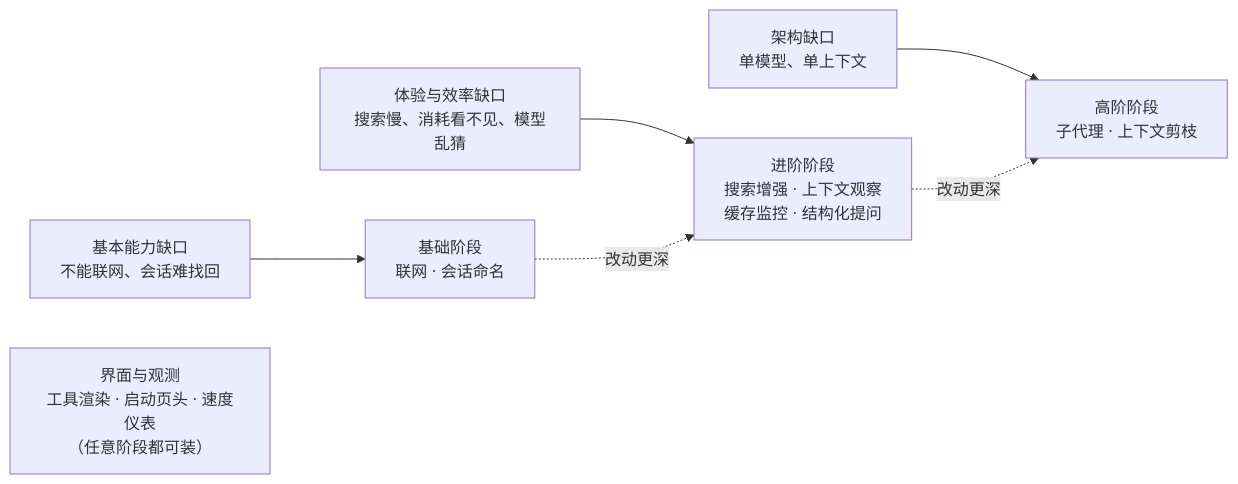
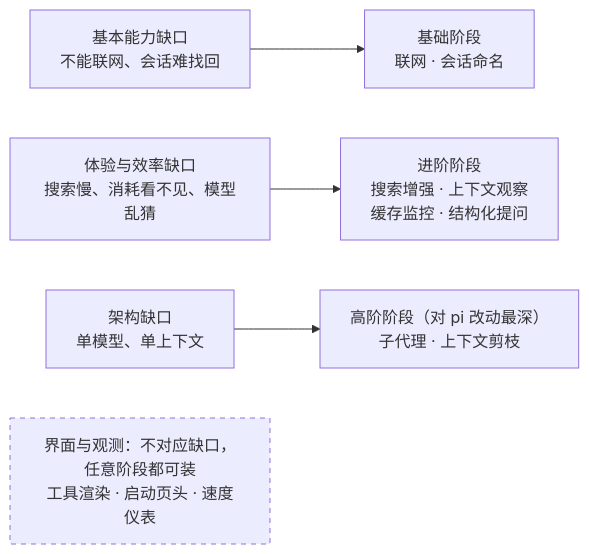
Before and after one commit to Jerry2003sky/pi-playbook: the second of 4 diagrams in drafts/mermaid-草图.md, drawn with Mermaid. The commit also changed other lines of this file, not shown here.

Commit message:
docs: 调整草图 2、4 的布局

````diff
--- a/drafts/mermaid-草图.md
+++ b/drafts/mermaid-草图.md
@@ -27,10 +27,10 @@
 ```mermaid
 flowchart LR
     G1["基本能力缺口<br/>不能联网、会话难找回"] --> S1["基础阶段<br/>联网 · 会话命名"]
     G2["体验与效率缺口<br/>搜索慢、消耗看不见、模型乱猜"] --> S2["进阶阶段<br/>搜索增强 · 上下文观察<br/>缓存监控 · 结构化提问"]
-    G3["架构缺口<br/>单模型、单上下文"] --> S3["高阶阶段<br/>子代理 · 上下文剪枝"]
+    G3["架构缺口<br/>单模型、单上下文"] --> S3["高阶阶段（对 pi 改动最深）<br/>子代理 · 上下文剪枝"]
+    UI["界面与观测：不对应缺口，任意阶段都可装<br/>工具渲染 · 启动页头 · 速度仪表"]
 
-    S1 -. "改动更深" .-> S2 -. "改动更深" .-> S3
-
-    UI["界面与观测<br/>工具渲染 · 启动页头 · 速度仪表<br/>（任意阶段都可装）"]
+    classDef side stroke-dasharray: 5 5
+    class UI side
 ```
````
